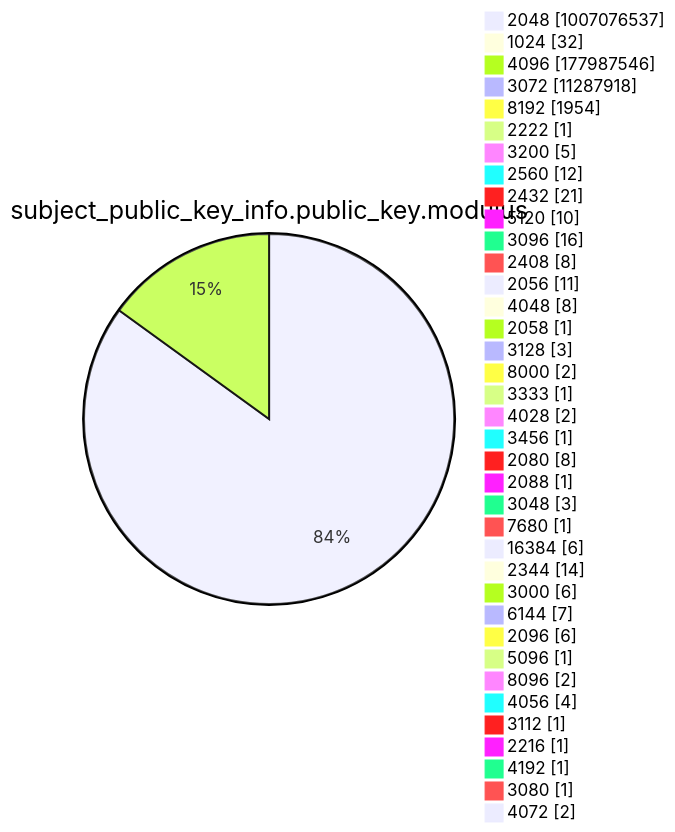
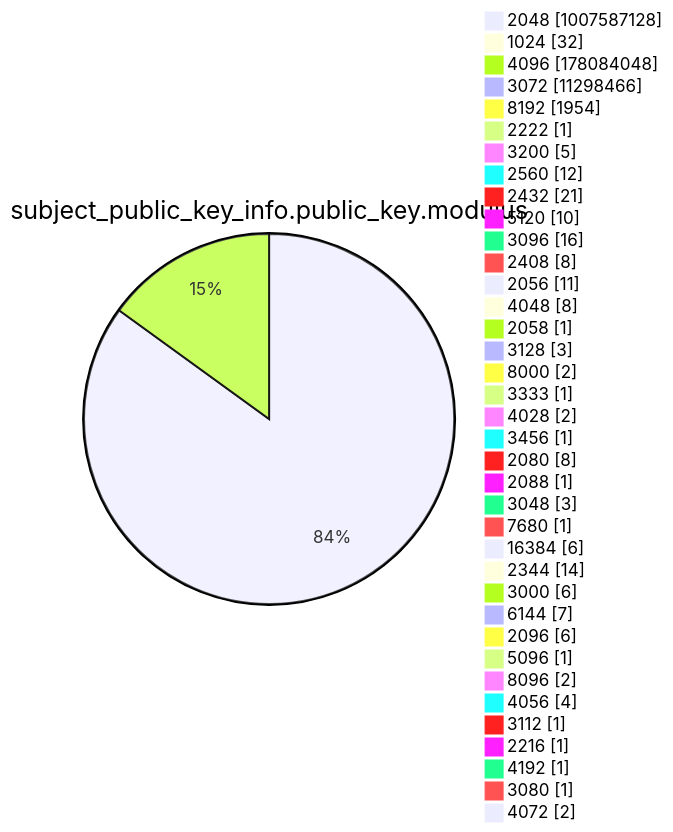
Diagram 13 of 15 in argon2022/README.md (christiankrug/ctmonitor_visualization), drawn with Mermaid before and after one commit. The commit also changed other lines of this file, not shown here.

````diff
--- a/argon2022/README.md
+++ b/argon2022/README.md
@@ -3588,41 +3588,41 @@
 ```mermaid
 pie showData
 title subject_public_key_info.public_key.modulus
-"2048" :1007076537
+"2048" :1007587128
 "1024" :32
-"4096" :177987546
-"3072" :11287918
+"4096" :178084048
+"3072" :11298466
 "8192" :1954
 "2222" :1
 "3200" :5
 "2560" :12
 "2432" :21
 "5120" :10
 "3096" :16
 "2408" :8
 "2056" :11
 "4048" :8
 "2058" :1
 "3128" :3
 "8000" :2
 "3333" :1
 "4028" :2
 "3456" :1
 "2080" :8
 "2088" :1
 "3048" :3
 "7680" :1
 "16384" :6
 "2344" :14
 "3000" :6
 "6144" :7
 "2096" :6
 "5096" :1
 "8096" :2
 "4056" :4
 "3112" :1
 "2216" :1
 "4192" :1
 "3080" :1
 "4072" :2
 ```
````
